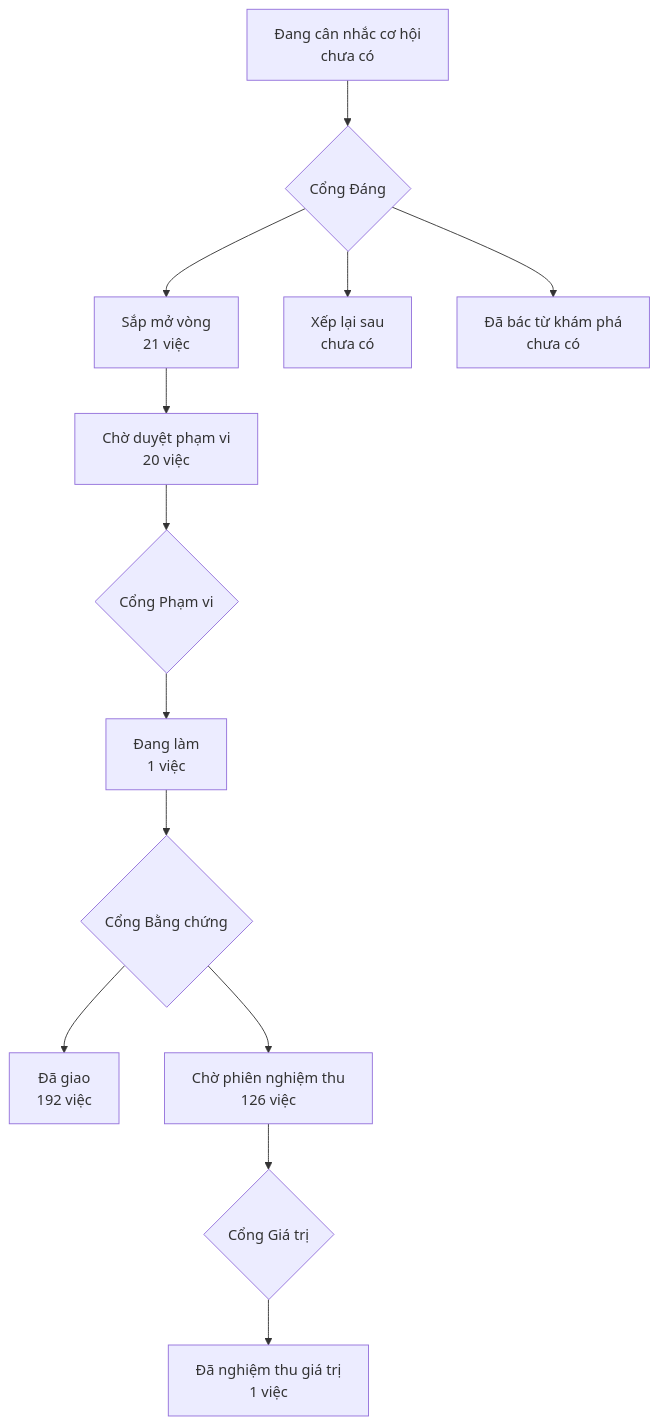
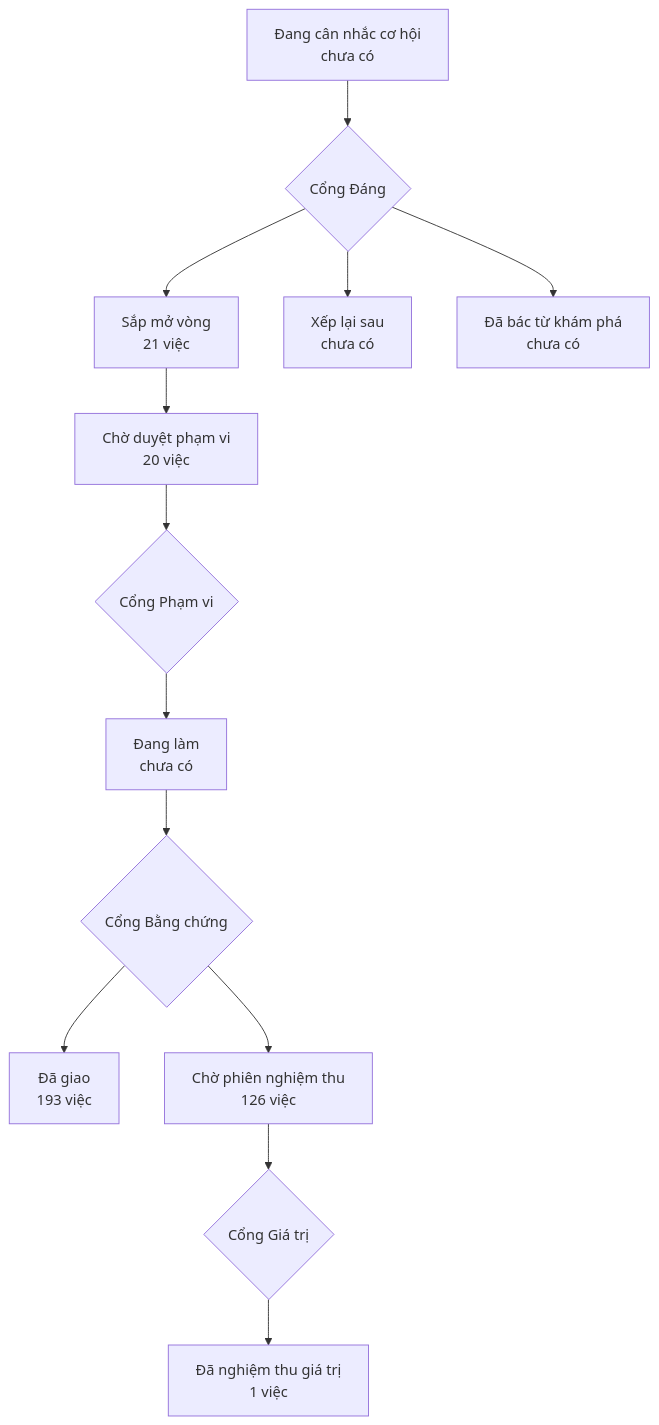
One commit to phanlemanh/onehub-invest changed the diagram in PRODUCT-MAP.md. Above: the diagram before and after it, drawn with Mermaid. The commit also changed other lines of this file and 4 other files, not shown here.

````diff
--- a/PRODUCT-MAP.md
+++ b/PRODUCT-MAP.md
@@ -7,12 +7,12 @@
 ```mermaid
 flowchart TD
   A["Đang cân nhắc cơ hội<br/>chưa có"] --> GD{"Cổng Đáng"}
   GD --> B["Sắp mở vòng<br/>21 việc"]
   GD --> XL["Xếp lại sau<br/>chưa có"]
   GD --> DB["Đã bác từ khám phá<br/>chưa có"]
   B --> CD["Chờ duyệt phạm vi<br/>20 việc"] --> GP{"Cổng Phạm vi"}
-  GP --> DL["Đang làm<br/>1 việc"] --> GB{"Cổng Bằng chứng"}
-  GB --> DG["Đã giao<br/>192 việc"]
+  GP --> DL["Đang làm<br/>chưa có"] --> GB{"Cổng Bằng chứng"}
+  GB --> DG["Đã giao<br/>193 việc"]
   GB --> CN["Chờ phiên nghiệm thu<br/>126 việc"] --> GG{"Cổng Giá trị"}
   GG --> NT["Đã nghiệm thu giá trị<br/>1 việc"]
 ```
````
